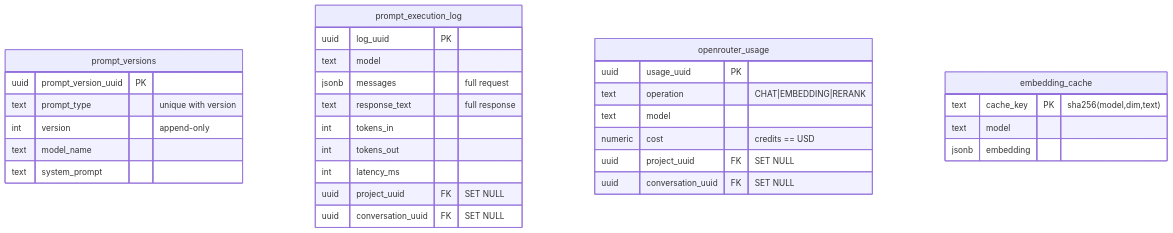
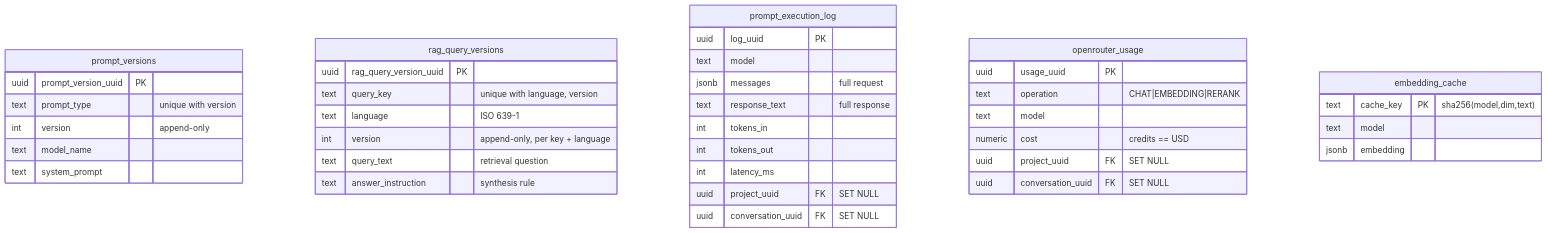
Before and after one commit to arthurshen74/strassenbau-vergabe-assistant: the third of 4 diagrams in APPLICATION_ARCHITECTURE.md, drawn with Mermaid. The commit also changed other lines of this file and 37 other files, not shown here.

````diff
--- a/APPLICATION_ARCHITECTURE.md
+++ b/APPLICATION_ARCHITECTURE.md
@@ -321,34 +325,42 @@
 ```mermaid
 erDiagram
     prompt_versions {
         uuid prompt_version_uuid PK
         text prompt_type "unique with version"
         int version "append-only"
         text model_name
         text system_prompt
+    }
+    rag_query_versions {
+        uuid rag_query_version_uuid PK
+        text query_key "unique with language, version"
+        text language "ISO 639-1"
+        int version "append-only, per key + language"
+        text query_text "retrieval question"
+        text answer_instruction "synthesis rule"
     }
     prompt_execution_log {
         uuid log_uuid PK
         text model
         jsonb messages "full request"
         text response_text "full response"
         int tokens_in
         int tokens_out
         int latency_ms
         uuid project_uuid FK "SET NULL"
         uuid conversation_uuid FK "SET NULL"
     }
     openrouter_usage {
         uuid usage_uuid PK
         text operation "CHAT|EMBEDDING|RERANK"
         text model
         numeric cost "credits == USD"
         uuid project_uuid FK "SET NULL"
         uuid conversation_uuid FK "SET NULL"
     }
     embedding_cache {
         text cache_key PK "sha256(model,dim,text)"
         text model
         jsonb embedding
     }
 ```
````
